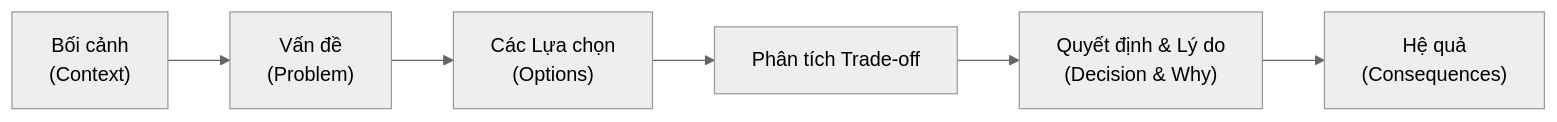
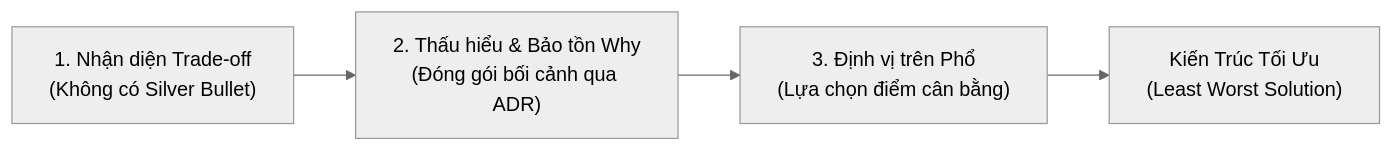
One commit to MaiTheHao/docs changed the diagram in release/software_architecture/00_introduction/03_laws_of_architecture.md. Above: the diagram before and after it, drawn with Mermaid (neutral theme). The commit also changed other lines of this file and 3 other files, not shown here.

Commit message:
docs: standardize documentation style with Mermaid graph guidelines and explicit typography formatting rules

````diff
--- a/release/software_architecture/00_introduction/03_laws_of_architecture.md
+++ b/release/software_architecture/00_introduction/03_laws_of_architecture.md
@@ -199,11 +167,9 @@
 ```mermaid
 graph LR
-    accTitle: Mẫu Quy trình Phân tích Quyết định Kiến trúc
-    accDescr: Sơ đồ các bước từ Bối cảnh, Ràng buộc, Phương án đến Trade-off và Lý do chọn lựa
+    accTitle: Chuỗi Tư Duy Ba Quy Luật Kiến Trúc
+    accDescr: Sơ đồ luồng kết luận liên kết từ Nhận diện Trade-off đến Thấu hiểu Why và Định vị trên Phổ giải pháp
 
-    ctxStep["Bối cảnh<br/>(Context)"] --> pbStep["Vấn đề<br/>(Problem)"]
-    pbStep --> optStep["Các Lựa chọn<br/>(Options)"]
-    optStep --> tradeStep["Phân tích Trade-off"]
-    tradeStep --> decStep["Quyết định & Lý do<br/>(Decision & Why)"]
-    decStep --> consStep["Hệ quả<br/>(Consequences)"]
+    law1Node["1. Nhận diện Trade-off<br/>(Không có Silver Bullet)"] --> law2Node["2. Thấu hiểu & Bảo tồn Why<br/>(Đóng gói bối cảnh qua ADR)"]
+    law2Node --> law3Node["3. Định vị trên Phổ<br/>(Lựa chọn điểm cân bằng)"]
+    law3Node --> goalNode["Kiến Trúc Tối Ưu<br/>(Least Worst Solution)"]
 ```
````
